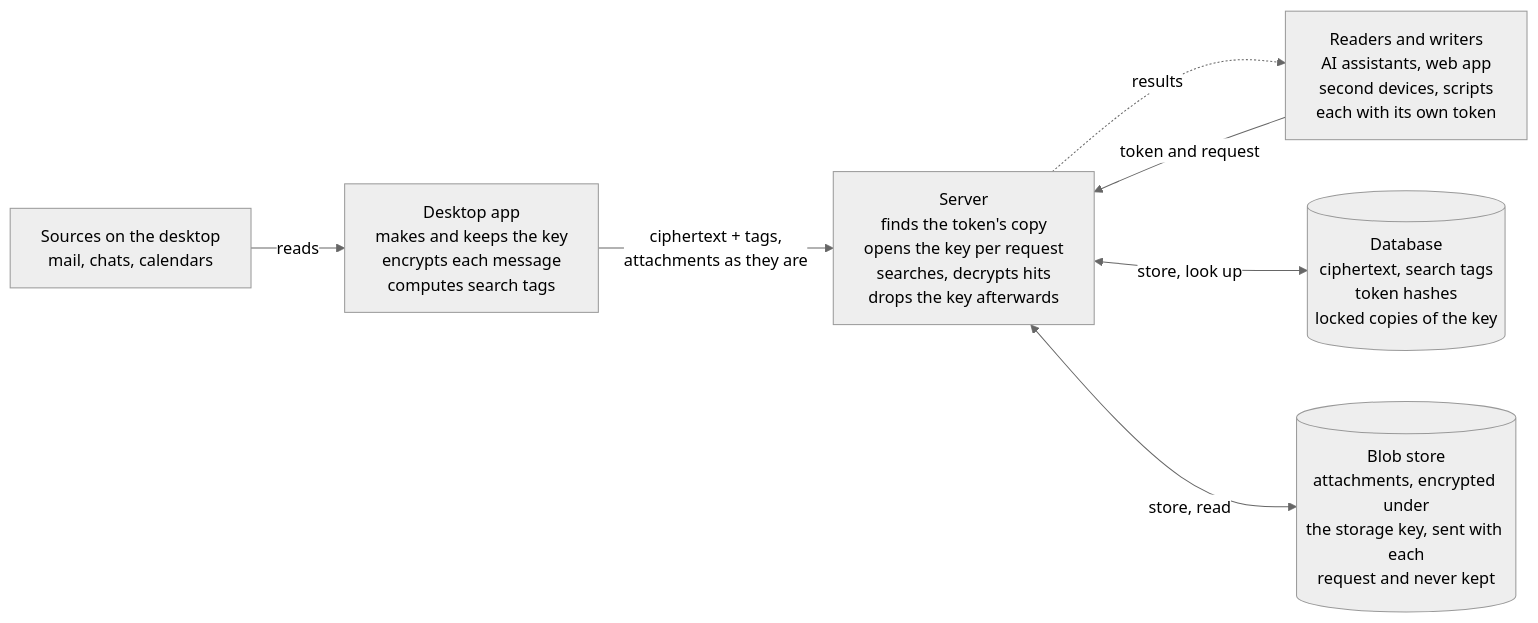
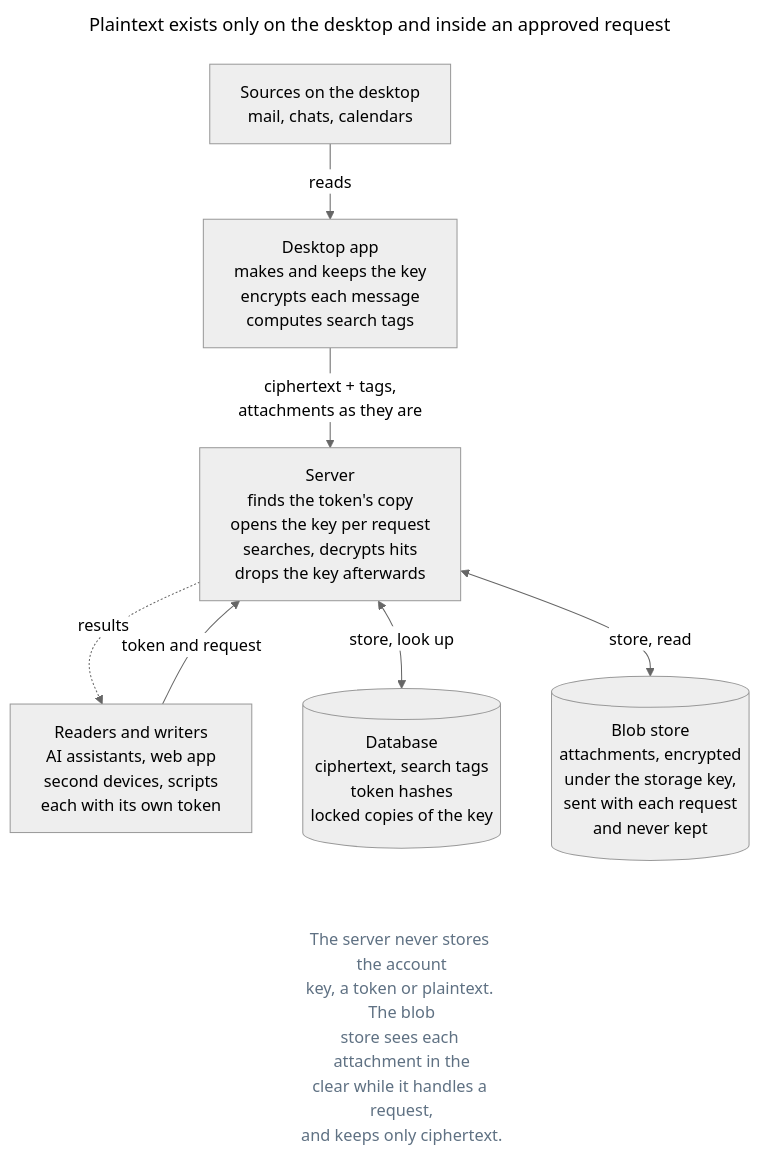
Before and after one commit to ajs-consult-llc/mirror-encryption-rfc: the diagram in diagrams/the-whole-design-1-key-1-kind-of-token.mmd, drawn with Mermaid (neutral theme). The commit also changed 23 other files, not shown here.

First line of the commit message:
Diagrams that read: titles, short lines, vertical layouts

```diff
--- a/diagrams/the-whole-design-1-key-1-kind-of-token.mmd
+++ b/diagrams/the-whole-design-1-key-1-kind-of-token.mmd
@@ -1,9 +1,15 @@
-flowchart LR
+---
+title: "Plaintext exists only on the desktop and inside an approved request"
+---
+flowchart TB
   accTitle: Plaintext exists only on the desktop and inside an approved request
   accDescr: One account key. The desktop encrypts messages before upload, and each reader or writer opens its own copy. The desktop app reads the sources on the desktop (mail, chats, calendars), makes and keeps the key, encrypts each message and computes search tags. It sends ciphertext and tags, and attachments as they are, to the server. Readers and writers (AI assistants, the web app, second devices and scripts), each with its own token, send a token and request to the server. The server finds the token's copy, opens the key per request, searches and decrypts hits, returns the results and drops the key afterwards. It stores and looks up ciphertext, search tags, token hashes and locked copies of the key in the database, and stores and reads attachments in the blob store, encrypted under the storage key, which is sent with each request and never kept. The server never stores the account key, a token or plaintext. The blob store sees each attachment in the clear while it handles a request, and keeps only ciphertext.
   S["Sources on the desktop<br/>mail, chats, calendars"] -->|reads| D["Desktop app<br/>makes and keeps the key<br/>encrypts each message<br/>computes search tags"]
+  R["Readers and writers<br/>AI assistants, web app<br/>second devices, scripts<br/>each with its own token"]
   D -->|"ciphertext + tags,<br/>attachments as they are"| V["Server<br/>finds the token's copy<br/>opens the key per request<br/>searches, decrypts hits<br/>drops the key afterwards"]
-  R["Readers and writers<br/>AI assistants, web app<br/>second devices, scripts<br/>each with its own token"] -->|token and request| V
+  R -->|token and request| V
   V -.->|results| R
   V <-->|store, look up| B[("Database<br/>ciphertext, search tags<br/>token hashes<br/>locked copies of the key")]
-  V <-->|store, read| O[("Blob store<br/>attachments, encrypted under<br/>the storage key, sent with each<br/>request and never kept")]
+  V <-->|store, read| O[("Blob store<br/>attachments, encrypted<br/>under the storage key,<br/>sent with each request<br/>and never kept")]
+  B ~~~ N["The server never stores the account<br/>key, a token or plaintext. The blob<br/>store sees each attachment in the<br/>clear while it handles a request,<br/>and keeps only ciphertext."]:::note
+  classDef note fill:none,stroke:none,color:#5f7183
```
